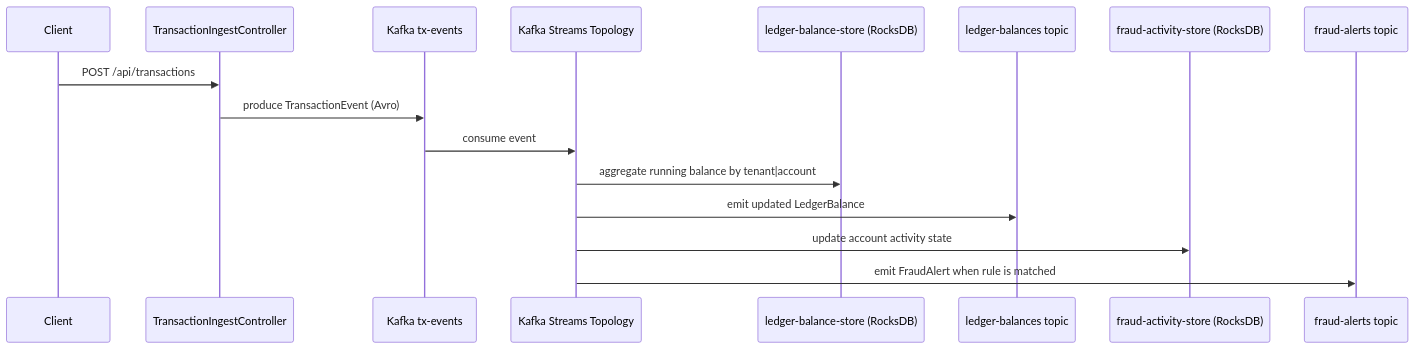
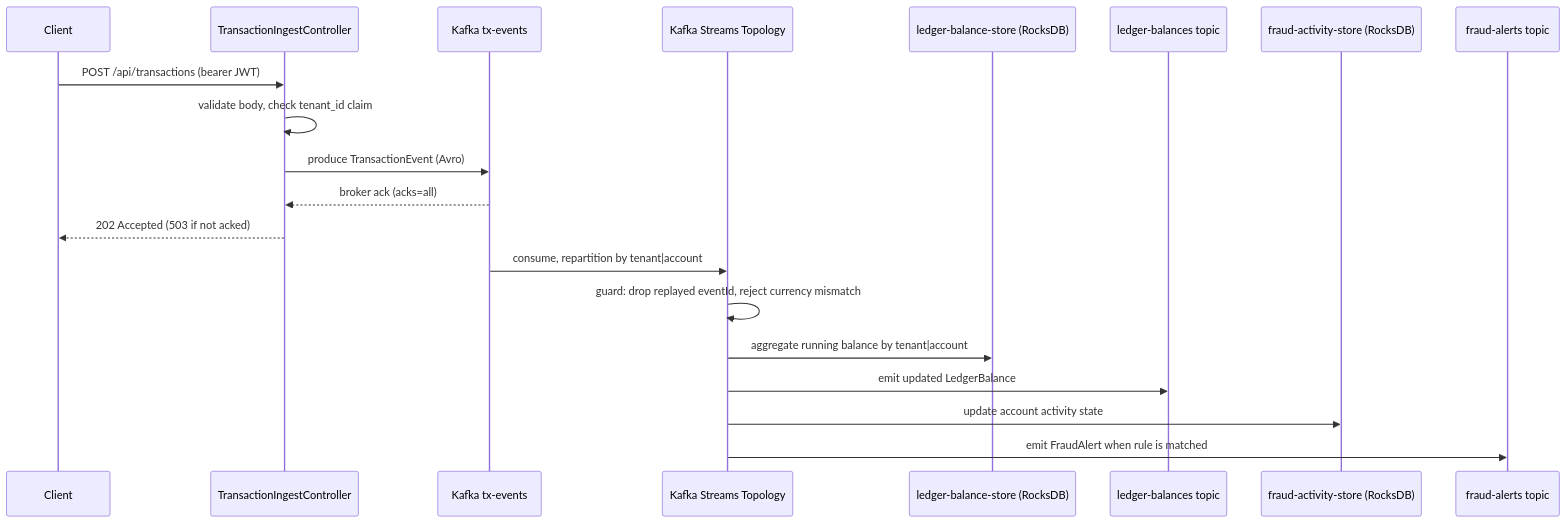
The second of 4 diagrams in docs/application-architecture-and-kafka-theory.md (bgajicbl/java-kafka), drawn with Mermaid before and after one commit. The commit also changed other lines of this file and 73 other files, not shown here.

````diff
--- a/docs/application-architecture-and-kafka-theory.md
+++ b/docs/application-architecture-and-kafka-theory.md
@@ -120,19 +136,23 @@
 ```mermaid
 sequenceDiagram
     participant C as Client
     participant API as TransactionIngestController
     participant K as Kafka tx-events
     participant S as Kafka Streams Topology
     participant BS as ledger-balance-store (RocksDB)
     participant BT as ledger-balances topic
     participant FS as fraud-activity-store (RocksDB)
     participant FT as fraud-alerts topic
 
-    C->>API: POST /api/transactions
+    C->>API: POST /api/transactions (bearer JWT)
+    API->>API: validate body, check tenant_id claim
     API->>K: produce TransactionEvent (Avro)
-    K->>S: consume event
+    K-->>API: broker ack (acks=all)
+    API-->>C: 202 Accepted (503 if not acked)
+    K->>S: consume, repartition by tenant|account
+    S->>S: guard: drop replayed eventId, reject currency mismatch
     S->>BS: aggregate running balance by tenant|account
     S->>BT: emit updated LedgerBalance
     S->>FS: update account activity state
     S->>FT: emit FraudAlert when rule is matched
 ```
````
